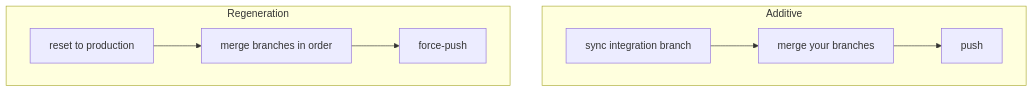
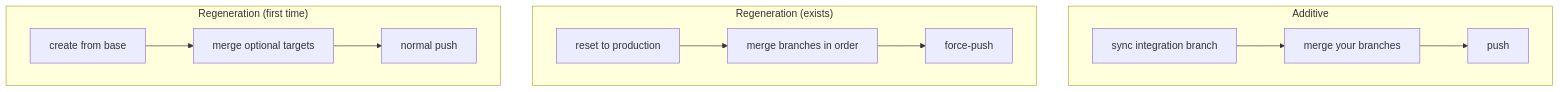
One commit to N3Y70R/grove changed the fifth of 9 diagrams in docs/TUTORIAL.md. Above: the diagram before and after it, drawn with Mermaid. The commit also changed other lines of this file and 10 other files, not shown here.

First line of the commit message:
feat(publish): create the integration branch from base when missing

````diff
--- a/docs/TUTORIAL.md
+++ b/docs/TUTORIAL.md
@@ -245,9 +266,12 @@
 ```mermaid
 flowchart TD
   subgraph Additive
     A1[sync integration branch] --> A2[merge your branches] --> A3[push]
   end
-  subgraph Regeneration
+  subgraph "Regeneration (exists)"
     B1[reset to production] --> B2[merge branches in order] --> B3[force-push]
   end
+  subgraph "Regeneration (first time)"
+    C1[create from base] --> C2[merge optional targets] --> C3[normal push]
+  end
 ```
````
